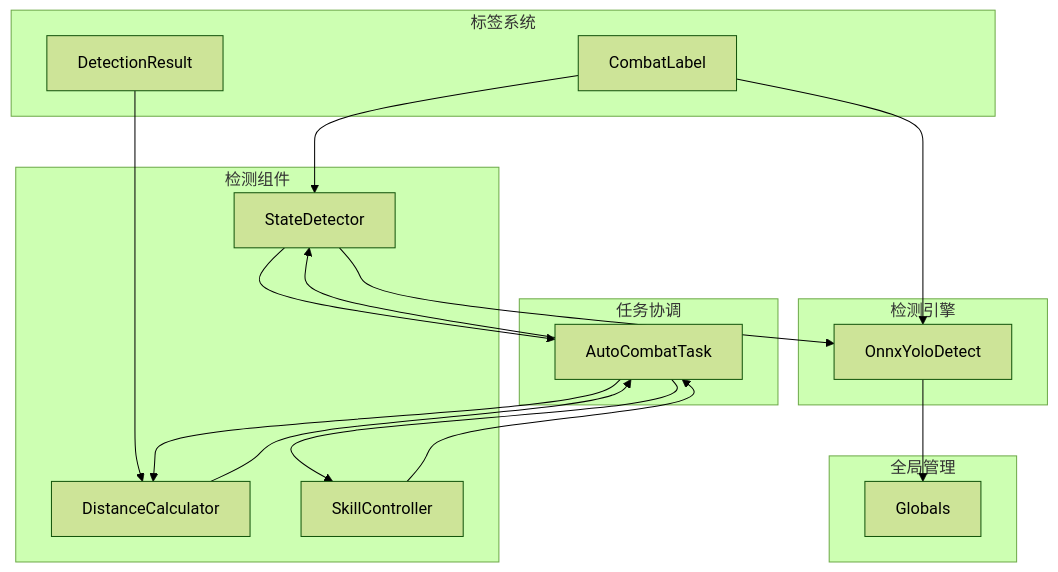
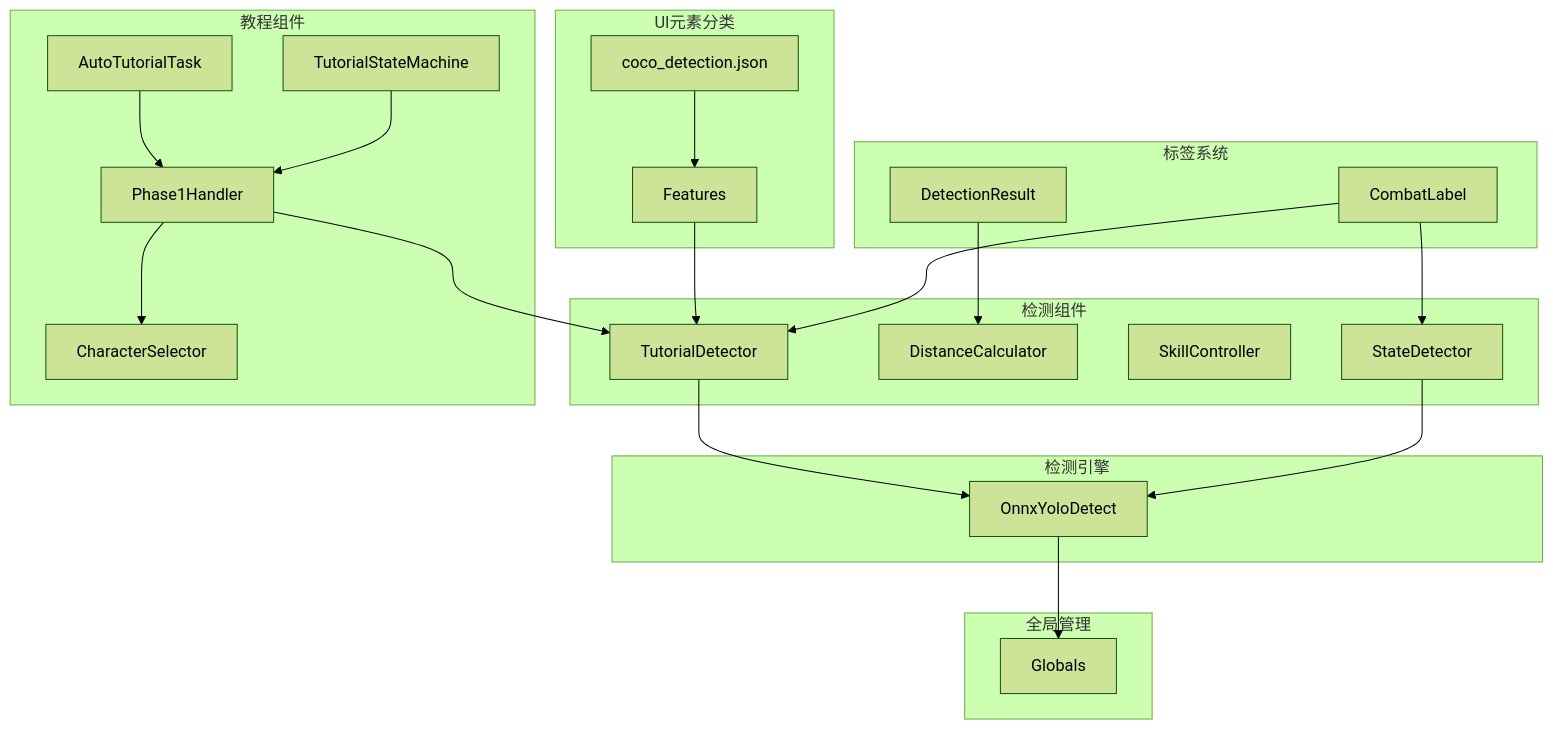
The ninth of 9 diagrams in .qoder/repowiki/zh/content/战斗系统/战斗标签系统.md (xsy098-max/ok-jump), drawn with Mermaid (forest theme) before and after one commit. The commit also changed other lines of this file and 13 other files, not shown here.

````diff
--- a/.qoder/repowiki/zh/content/战斗系统/战斗标签系统.md
+++ b/.qoder/repowiki/zh/content/战斗系统/战斗标签系统.md
@@ -293,32 +500,41 @@
 ```mermaid
 graph TB
 subgraph "标签系统"
 A[CombatLabel]
 B[DetectionResult]
 end
 subgraph "检测组件"
 C[StateDetector]
 D[DistanceCalculator]
 E[SkillController]
+F[TutorialDetector]
+end
+subgraph "教程组件"
+G[TutorialStateMachine]
+H[Phase1Handler]
+I[CharacterSelector]
+J[AutoTutorialTask]
 end
 subgraph "检测引擎"
-F[OnnxYoloDetect]
+K[OnnxYoloDetect]
 end
-subgraph "任务协调"
-G[AutoCombatTask]
+subgraph "UI元素分类"
+L[Features]
+M[coco_detection.json]
 end
 subgraph "全局管理"
-H[Globals]
+N[Globals]
 end
 A --> C
 A --> F
 B --> D
-C --> F
-C --> G
-D --> G
-E --> G
-F --> H
-G --> C
-G --> D
-G --> E
+C --> K
+F --> K
+G --> H
+H --> I
+H --> F
+J --> H
+L --> F
+M --> L
+K --> N
 ```
````
